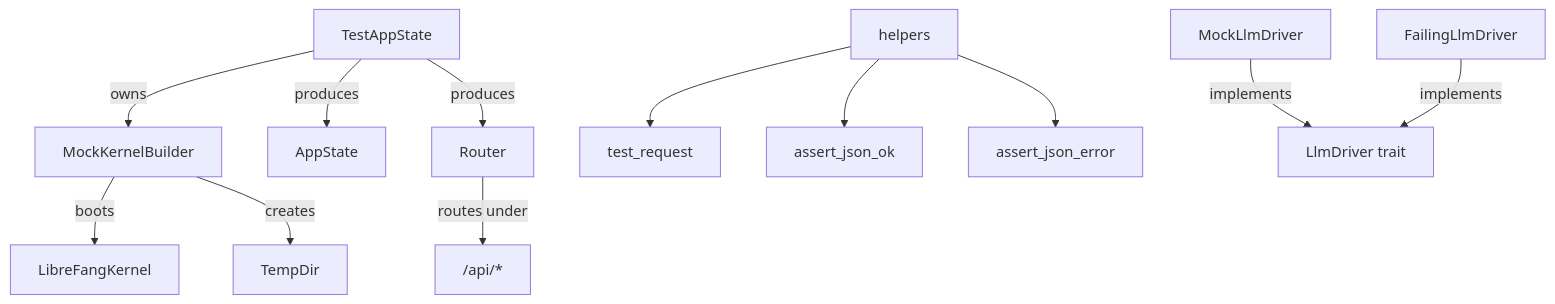
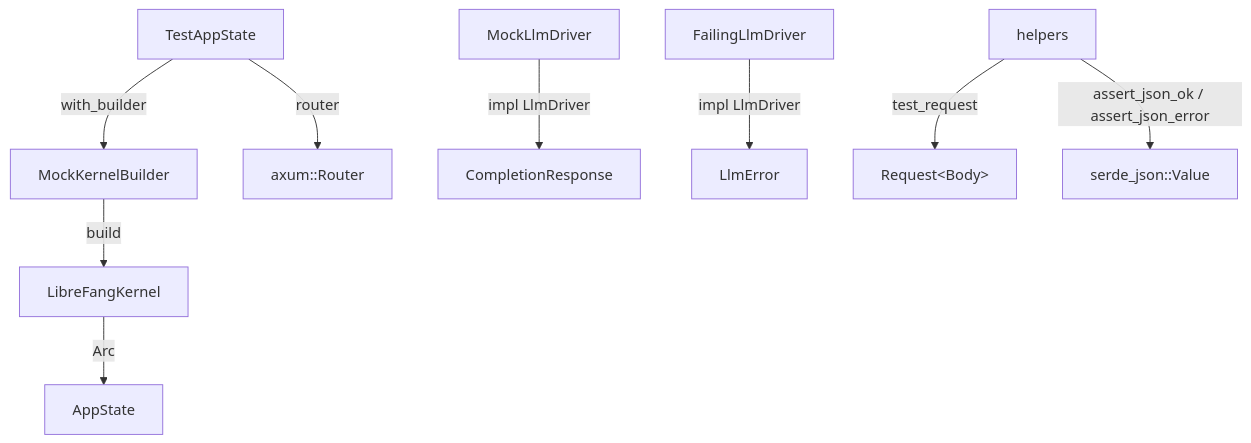
One commit to leszek3737/librefang-WIki changed the diagram in infrastructure-utilities-librefang-testing-src.md. Above: the diagram before and after it, drawn with Mermaid. The commit also changed other lines of this file and 94 other files, not shown here.

````diff
--- a/infrastructure-utilities-librefang-testing-src.md
+++ b/infrastructure-utilities-librefang-testing-src.md
@@ -13,14 +18,11 @@
 ```mermaid
 graph TD
-    TA[TestAppState] -->|owns| MK[MockKernelBuilder]
-    TA -->|produces| AS[AppState]
-    TA -->|produces| R[Router]
-    MK -->|boots| K[LibreFangKernel]
-    MK -->|creates| TD[TempDir]
-    R -->|routes under| API["/api/*"]
-    H[helpers] --> TR[test_request]
-    H --> AO[assert_json_ok]
-    H --> AE[assert_json_error]
-    MD[MockLlmDriver] -->|implements| LD[LlmDriver trait]
-    FD[FailingLlmDriver] -->|implements| LD
+    TB["MockKernelBuilder"] -->|build| K["LibreFangKernel"]
+    TA["TestAppState"] -->|with_builder| TB
+    TA -->|router| R["axum::Router"]
+    K -->|Arc| AS["AppState"]
+    MD["MockLlmDriver"] -->|impl LlmDriver| CR["CompletionResponse"]
+    FD["FailingLlmDriver"] -->|impl LlmDriver| ERR["LlmError"]
+    H["helpers"] -->|test_request| REQ["Request&lt;Body&gt;"]
+    H -->|assert_json_ok / assert_json_error| VAL["serde_json::Value"]
 ```
````
